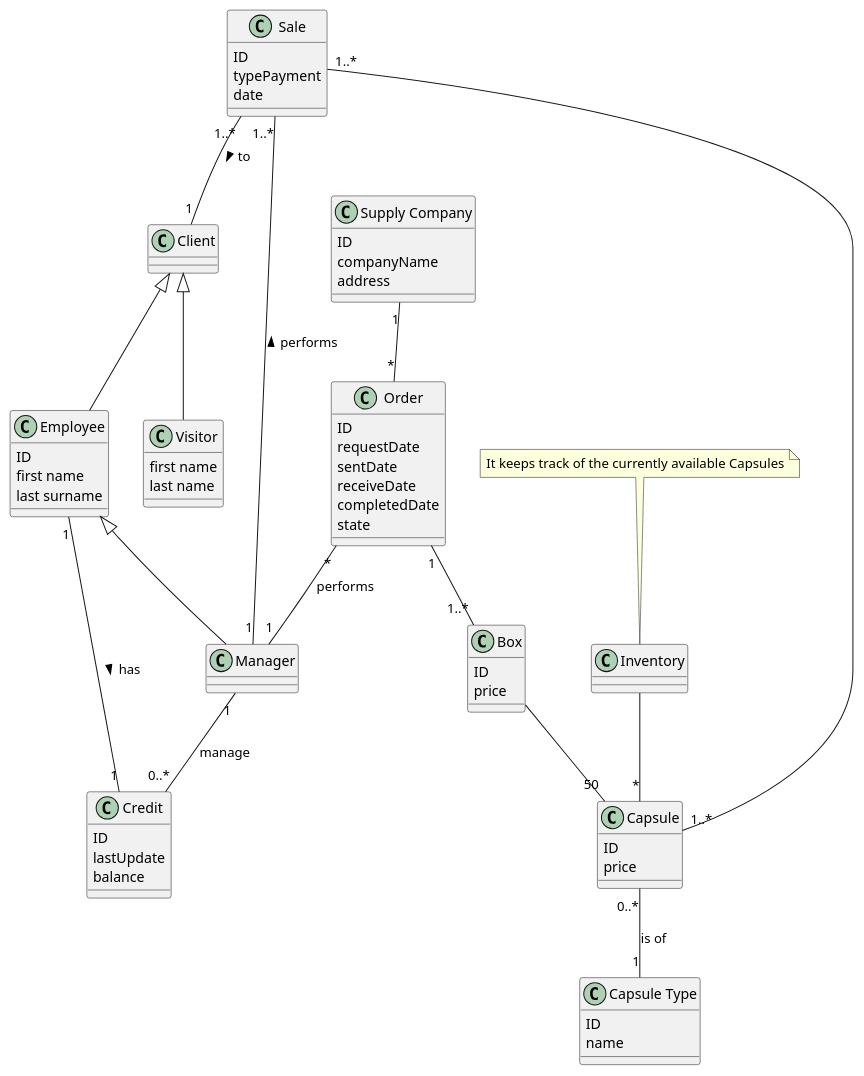
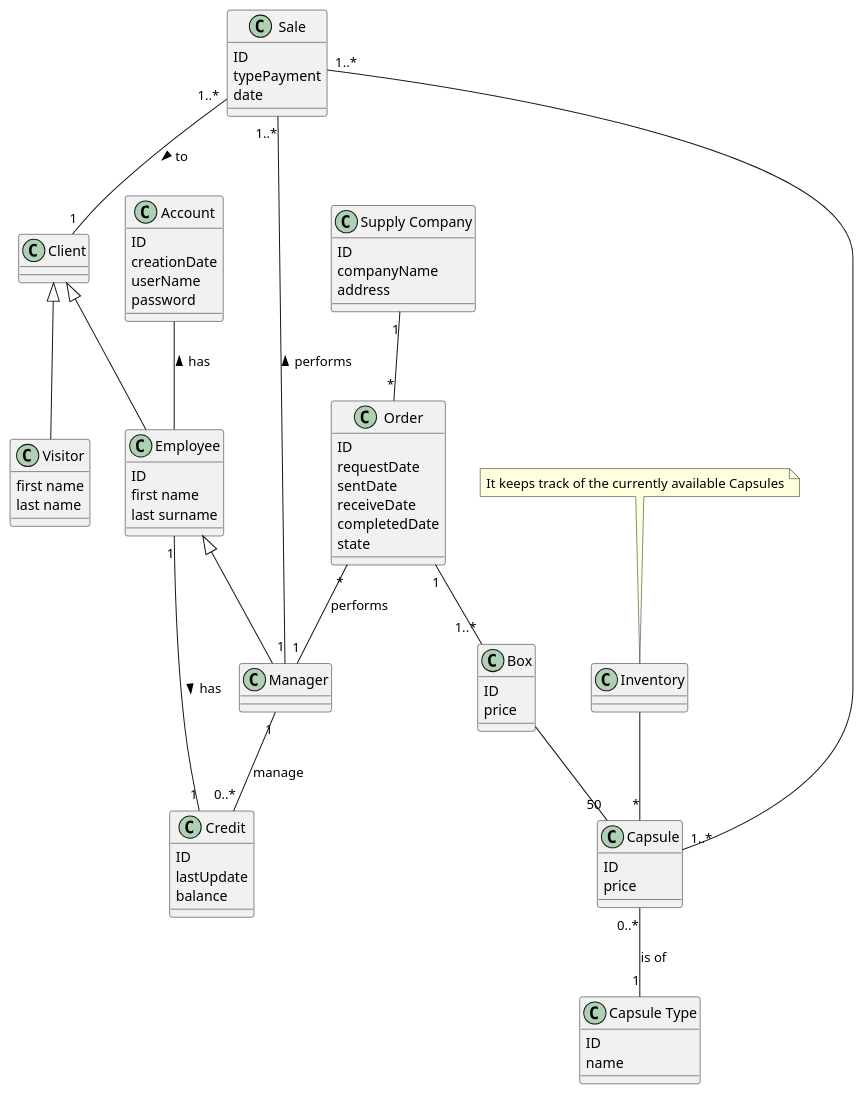
The third of 4 diagrams in Project/Requirements/RequirementDocument.md (roypaulin/laTazza), drawn with PlantUML before and after one commit.

Commit message:
added class Account to the glossary

```diff
--- a/Project/Requirements/RequirementDocument.md
+++ b/Project/Requirements/RequirementDocument.md
@@ -393,6 +393,12 @@
 typePayment
 date
 }
+class Account {
+    ID
+    creationDate
+    userName
+    password
+}
 
 class Order{
 ID
@@ -418,7 +424,7 @@
 Client <|-- Visitor
 
 Employee <|-- Manager
-
+Account -- Employee: has <
 Manager "1" -- "0..*" Credit: manage
 
 Capsule "0..*" -- "1" "Capsule Type": is of
```
